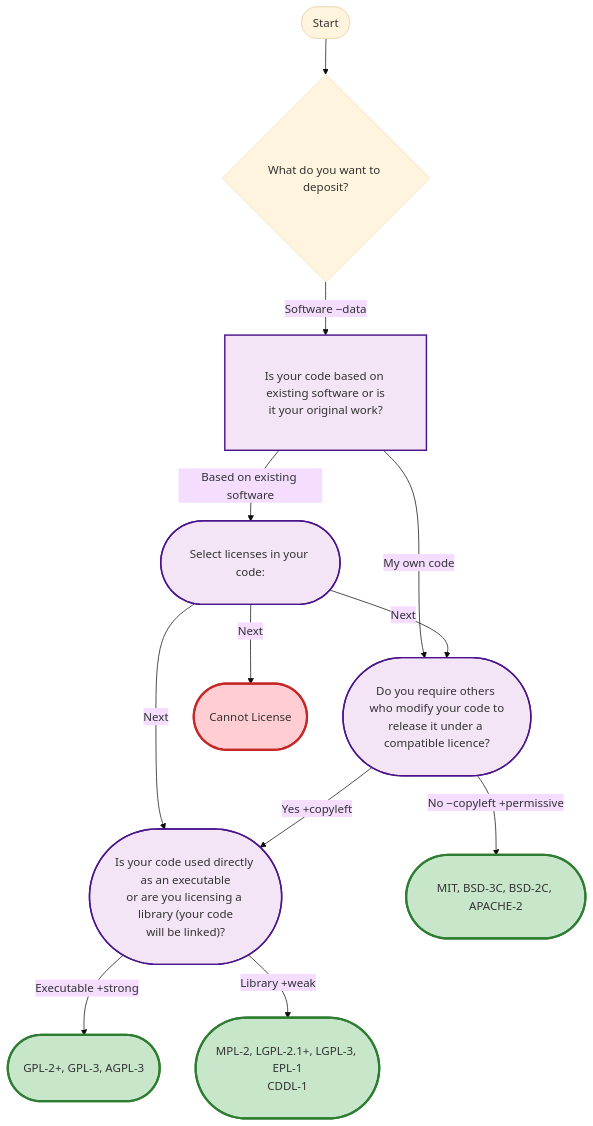
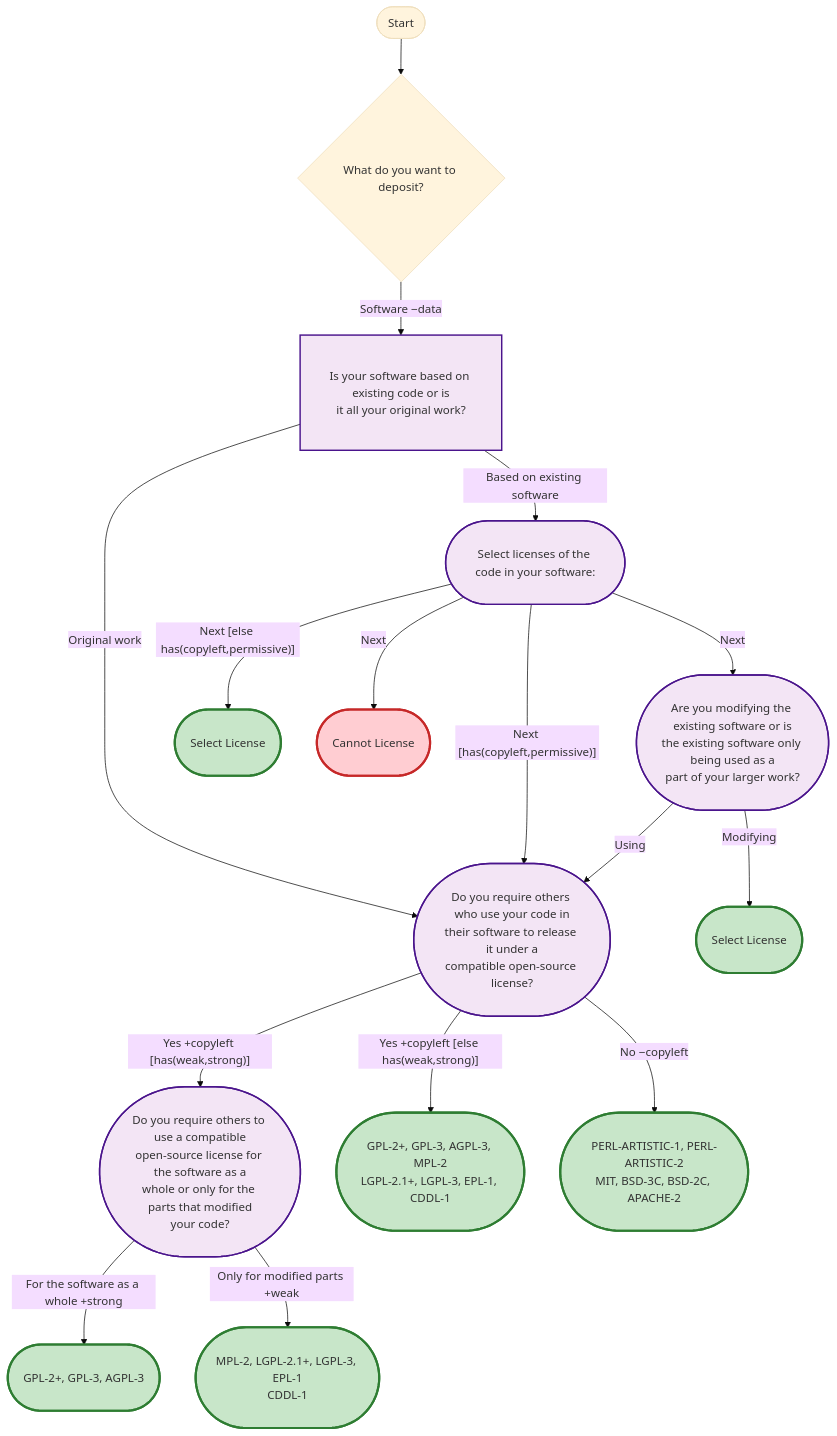
The third of 3 diagrams in docs/state-graph.md (kosarko/public-license-selector), drawn with Mermaid before and after one commit. The commit also changed other lines of this file and 3 other files, not shown here.

````diff
--- a/docs/state-graph.md
+++ b/docs/state-graph.md
@@ -189,44 +207,62 @@
 ```mermaid
 %%{init: {'theme':'base', 'themeVariables': { 'fontSize':'16px'}, 'flowchart':{'curve':'basis', 'padding':20}}}%%
 flowchart TD
     Start([Start]) --> KindOfContent
 
     KindOfContent{"What do you want to deposit?"}
-    YourSoftware["Is your code based on existing software or is
-it your original work?"]
+    YourSoftware["Is your software based on existing code or is
+it all your original work?"]
     class YourSoftware softwarePath
-    LicenseInteropSoftware(["Select licenses in your code:"])
+    LicenseInteropSoftware(["Select licenses of the code in your software:"])
     class LicenseInteropSoftware softwarePath
-    Copyleft(["Do you require others who modify your code to
-release it under a compatible licence?"])
+    ModifyingOrUsing(["Are you modifying the existing software or is
+the existing software only being used as a
+part of your larger work?"])
+    class ModifyingOrUsing softwarePath
+    Copyleft(["Do you require others who use your code in
+their software to release it under a
+compatible open-source license?"])
     class Copyleft softwarePath
-    StrongCopyleft(["Is your code used directly as an executable
-or are you licensing a library (your code
-will be linked)?"])
+    StrongCopyleft(["Do you require others to use a compatible
+open-source license for the software as a
+whole or only for the parts that modified
+your code?"])
     class StrongCopyleft softwarePath
 
     KindOfContent -->|"Software −data"| YourSoftware
     YourSoftware -->|"Based on existing software"| LicenseInteropSoftware
-    YourSoftware -->|"My own code"| Copyleft
-    LicenseInteropSoftware -->|"Next"| Copyleft
-    LicenseInteropSoftware -->|"Next"| StrongCopyleft
-    Copyleft -->|"Yes +copyleft"| StrongCopyleft
-    LicenseInteropSoftware -->|"Next"| Term_0
-    Term_0(["Cannot License"])
-    class Term_0 errorNode
-    Copyleft -->|"No −copyleft +permissive"| Term_1
-    Term_1(["MIT, BSD-3C, BSD-2C, APACHE-2"])
-    class Term_1 terminalNode
-    StrongCopyleft -->|"Executable +strong"| Term_2
-    Term_2(["GPL-2+, GPL-3, AGPL-3"])
+    YourSoftware -->|"Original work"| Copyleft
+    LicenseInteropSoftware -->|"Next [has(copyleft,permissive)]"| Copyleft
+    LicenseInteropSoftware -->|"Next"| ModifyingOrUsing
+    ModifyingOrUsing -->|"Using"| Copyleft
+    Copyleft -->|"Yes +copyleft [has(weak,strong)]"| StrongCopyleft
+    LicenseInteropSoftware -->|"Next [else has(copyleft,permissive)]"| Term_0
+    Term_0(["Select License"])
+    class Term_0 terminalNode
+    LicenseInteropSoftware -->|"Next"| CannotLicense
+    CannotLicense(["Cannot License"])
+    class CannotLicense errorNode
+    ModifyingOrUsing -->|"Modifying"| Term_2
+    Term_2(["Select License"])
     class Term_2 terminalNode
-    StrongCopyleft -->|"Library +weak"| Term_3
-    Term_3(["MPL-2, LGPL-2.1+, LGPL-3, EPL-1
+    Copyleft -->|"Yes +copyleft [else has(weak,strong)]"| Term_3
+    Term_3(["GPL-2+, GPL-3, AGPL-3, MPL-2
+LGPL-2.1+, LGPL-3, EPL-1, CDDL-1"])
+    class Term_3 terminalNode
+    Copyleft -->|"No −copyleft"| Term_4
+    Term_4(["PERL-ARTISTIC-1, PERL-ARTISTIC-2
+MIT, BSD-3C, BSD-2C, APACHE-2"])
+    class Term_4 terminalNode
+    StrongCopyleft -->|"For the software as a whole +strong"| Term_5
+    Term_5(["GPL-2+, GPL-3, AGPL-3"])
+    class Term_5 terminalNode
+    StrongCopyleft -->|"Only for modified parts +weak"| Term_6
+    Term_6(["MPL-2, LGPL-2.1+, LGPL-3, EPL-1
 CDDL-1"])
-    class Term_3 terminalNode
+    class Term_6 terminalNode
 
     classDef dataPath fill:#e1f5ff,stroke:#01579b,stroke-width:2px,padding:15px,min-width:250px
     classDef softwarePath fill:#f3e5f5,stroke:#4a148c,stroke-width:2px,padding:15px,min-width:250px
     classDef terminalNode fill:#c8e6c9,stroke:#2e7d32,stroke-width:3px,padding:15px
     classDef errorNode fill:#ffcdd2,stroke:#c62828,stroke-width:3px,padding:15px
 ```
````
